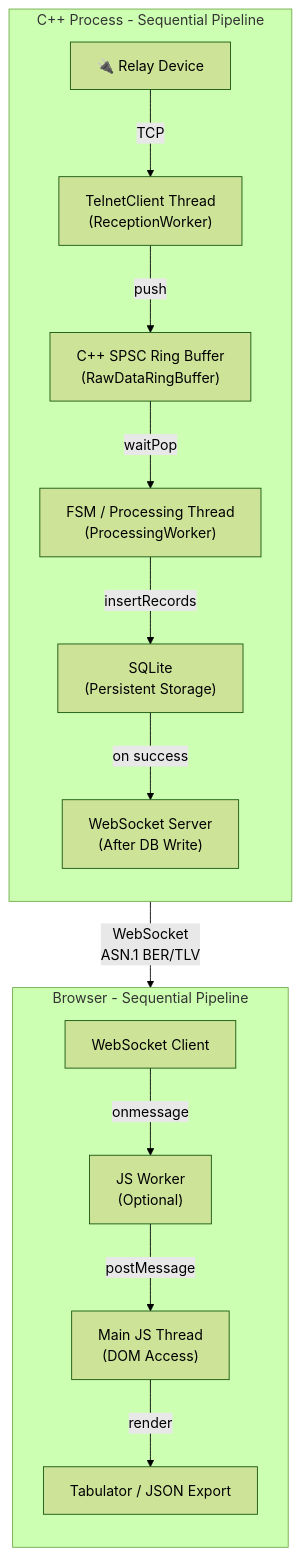
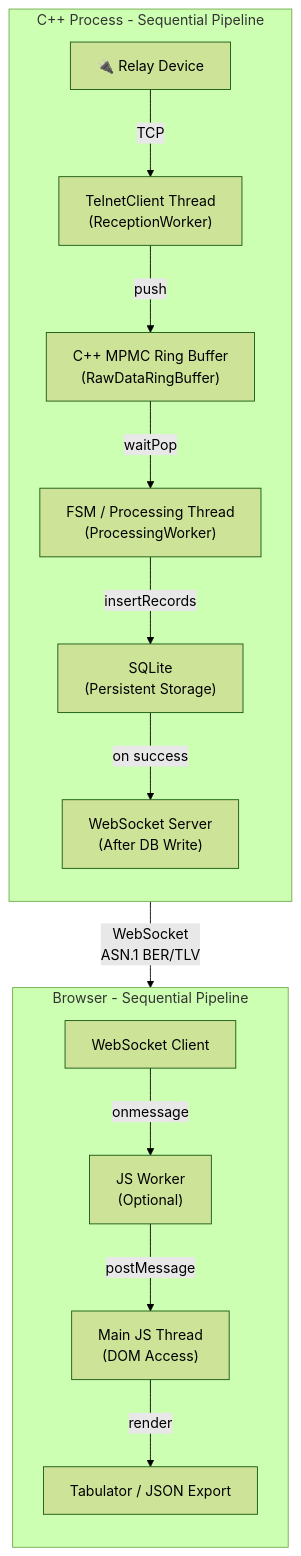
The first of 4 diagrams in work.md (Shimaeel/relay-monitoring), drawn with Mermaid (forest theme) before and after one commit. The commit also changed other lines of this file and 23 other files, not shown here.

````diff
--- a/work.md
+++ b/work.md
@@ -43,32 +43,32 @@
 ```mermaid
 flowchart TB
     subgraph CPP["C++ Process - Sequential Pipeline"]
         direction TB
         relay["🔌 Relay Device"]
         telnetThread["TelnetClient Thread\n(ReceptionWorker)"]
-        spscRing["C++ SPSC Ring Buffer\n(RawDataRingBuffer)"]
+        spscRing["C++ MPMC Ring Buffer\n(RawDataRingBuffer)"]
         fsmThread["FSM / Processing Thread\n(ProcessingWorker)"]
         sqlite["SQLite\n(Persistent Storage)"]
         wsServer["WebSocket Server\n(After DB Write)"]
         
         relay -->|"TCP"| telnetThread
         telnetThread -->|"push"| spscRing
         spscRing -->|"waitPop"| fsmThread
         fsmThread -->|"insertRecords"| sqlite
         sqlite -->|"on success"| wsServer
     end
 
     subgraph Browser["Browser - Sequential Pipeline"]
         direction TB
         wsClient["WebSocket Client"]
         jsWorker["JS Worker\n(Optional)"]
         mainJS["Main JS Thread\n(DOM Access)"]
         tabulator["Tabulator / JSON Export"]
         
         wsClient -->|"onmessage"| jsWorker
         jsWorker -->|"postMessage"| mainJS
         mainJS -->|"render"| tabulator
     end
 
     wsServer -->|"WebSocket\nASN.1 BER/TLV"| wsClient
 ```
````
